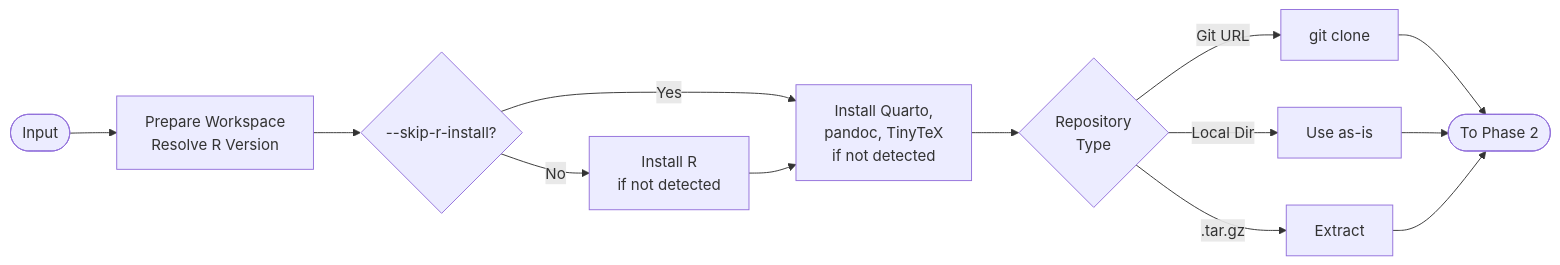
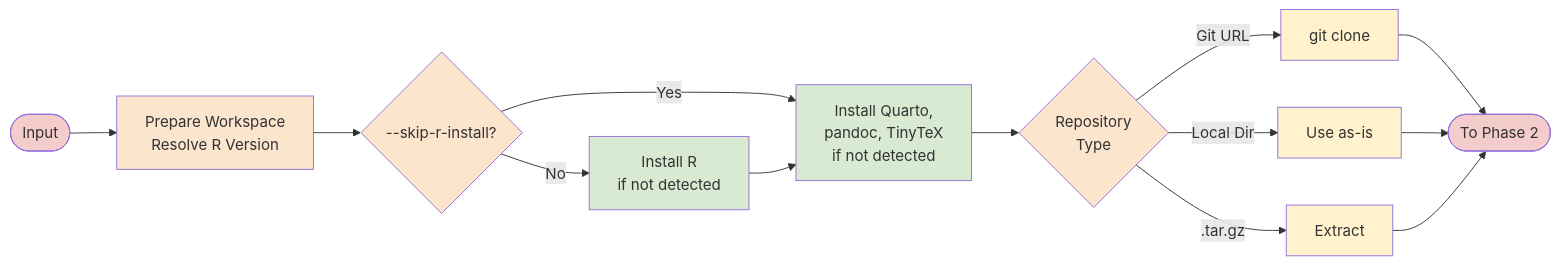
The first of 2 diagrams in docs/design/workflow.md (nanxstats/revdeprun), drawn with Mermaid before and after one commit. The commit also changed other lines of this file, not shown here.

Commit message:
Improve workflow diagrams in docs with color palette

````diff
--- a/docs/design/workflow.md
+++ b/docs/design/workflow.md
@@ -12,18 +12,29 @@
 ```mermaid
 flowchart LR
     Start([Input]) --> Setup[Prepare Workspace<br/>Resolve R Version]
     Setup --> CheckR{--skip-r-install?}
 
     CheckR -->|No| InstallR[Install R<br/>if not detected]
     CheckR -->|Yes| InstallDocs
     InstallR --> InstallDocs[Install Quarto,<br/>pandoc, TinyTeX<br/>if not detected]
     InstallDocs --> PrepRepo{Repository<br/>Type}
 
     PrepRepo -->|Git URL| Clone[git clone]
     PrepRepo -->|Local Dir| UseLocal[Use as-is]
     PrepRepo -->|.tar.gz| Extract[Extract]
 
     Clone --> Next([To Phase 2])
     UseLocal --> Next
     Extract --> Next
+
+    style Start fill:#f4cccc
+    style Next fill:#f4cccc
+    style Setup fill:#fce5cd
+    style CheckR fill:#fce5cd
+    style InstallR fill:#d9ead3
+    style InstallDocs fill:#d9ead3
+    style PrepRepo fill:#fce5cd
+    style Clone fill:#fff2cc
+    style UseLocal fill:#fff2cc
+    style Extract fill:#fff2cc
 ```
````
